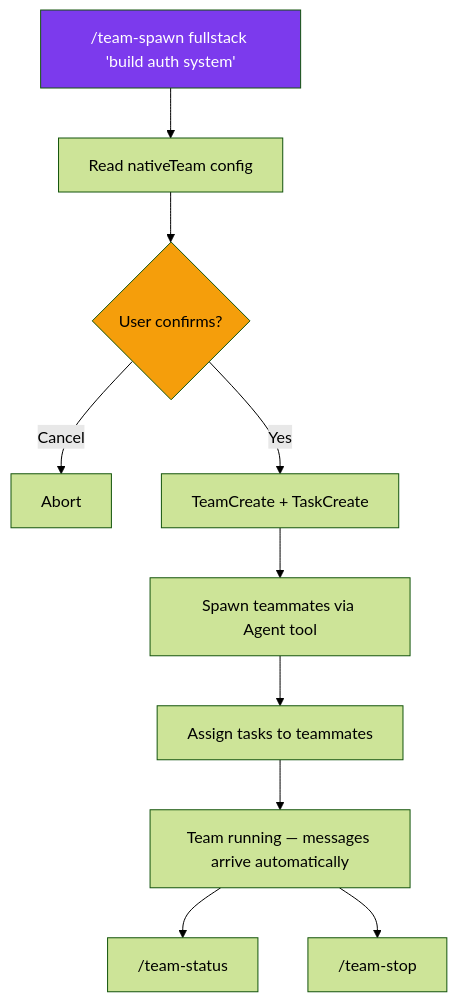
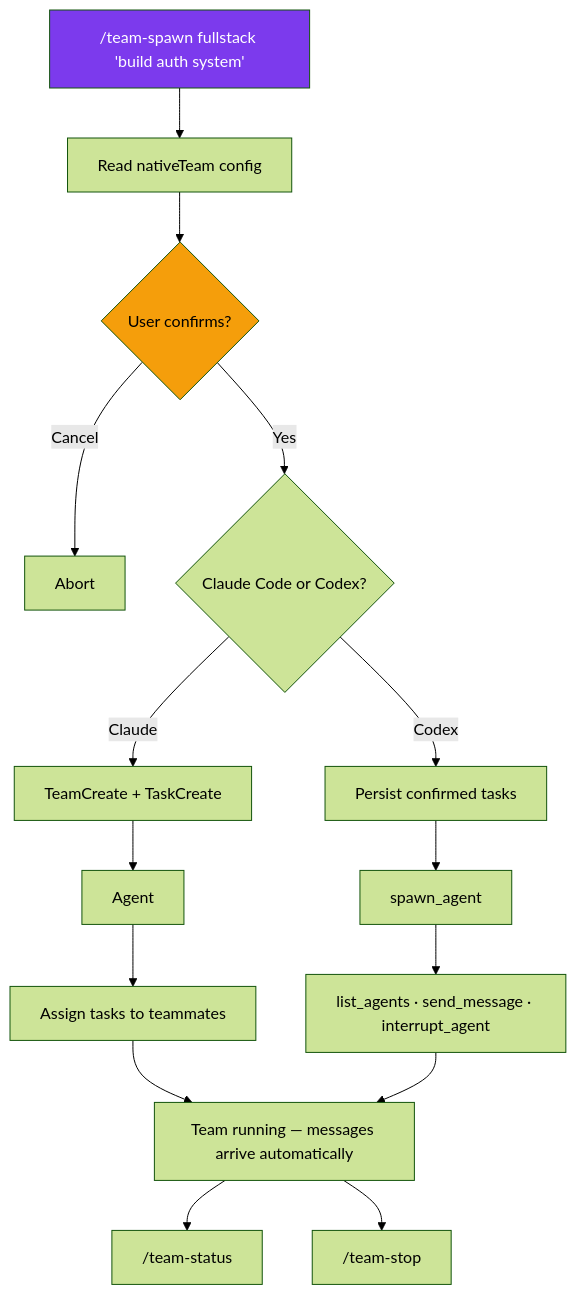
One commit to Hoya324/oh-my-harness changed the seventh of 7 diagrams in README.md. Above: the diagram before and after it, drawn with Mermaid (forest theme). The commit also changed other lines of this file and 15 other files, not shown here.

````diff
--- a/README.md
+++ b/README.md
@@ -426,16 +444,21 @@
 ```mermaid
 graph TD
     START["/team-spawn fullstack 'build auth system'"] --> CONFIG[Read nativeTeam config]
     CONFIG --> CONFIRM{"User confirms?"}
     CONFIRM -->|Cancel| ABORT[Abort]
-    CONFIRM -->|Yes| CREATE[TeamCreate + TaskCreate]
-    CREATE --> SPAWN["Spawn teammates via Agent tool"]
+    CONFIRM -->|Yes| RUNTIME{"Claude Code or Codex?"}
+    RUNTIME -->|Claude| CREATE["TeamCreate + TaskCreate"]
+    CREATE --> SPAWN["Agent"]
+    RUNTIME -->|Codex| CCREATE["Persist confirmed tasks"]
+    CCREATE --> CSPAWN["spawn_agent"]
+    CSPAWN --> CRECON["list_agents · send_message · interrupt_agent"]
     SPAWN --> ASSIGN[Assign tasks to teammates]
     ASSIGN --> RUNNING[Team running — messages arrive automatically]
+    CRECON --> RUNNING
 
     RUNNING --> STATUS["/team-status"]
     RUNNING --> STOP["/team-stop"]
 
     style START fill:#7C3AED,color:#fff
     style CONFIRM fill:#f59e0b,color:#000
 ```
````
